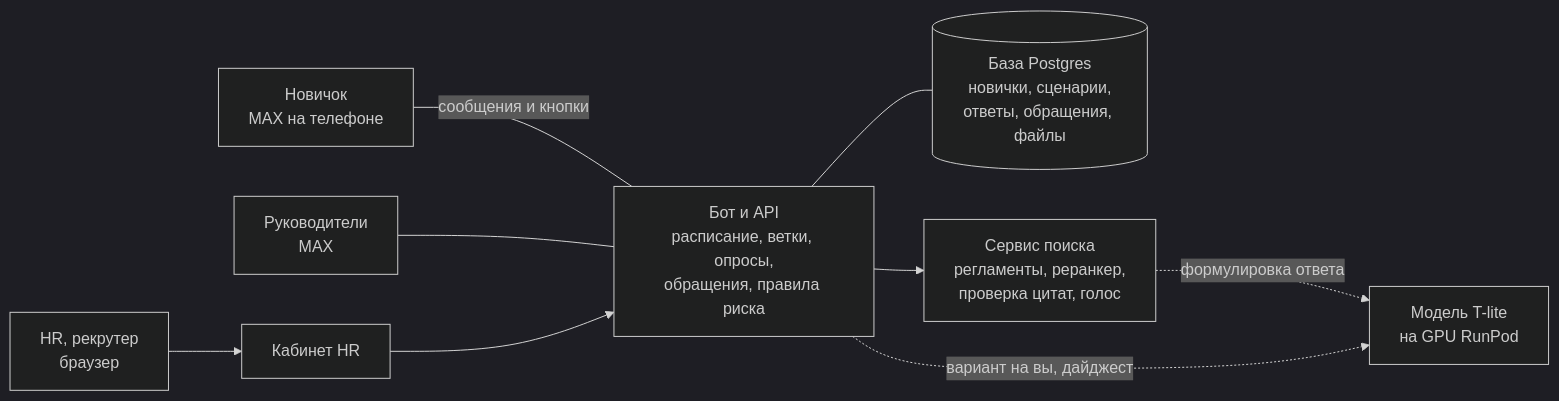
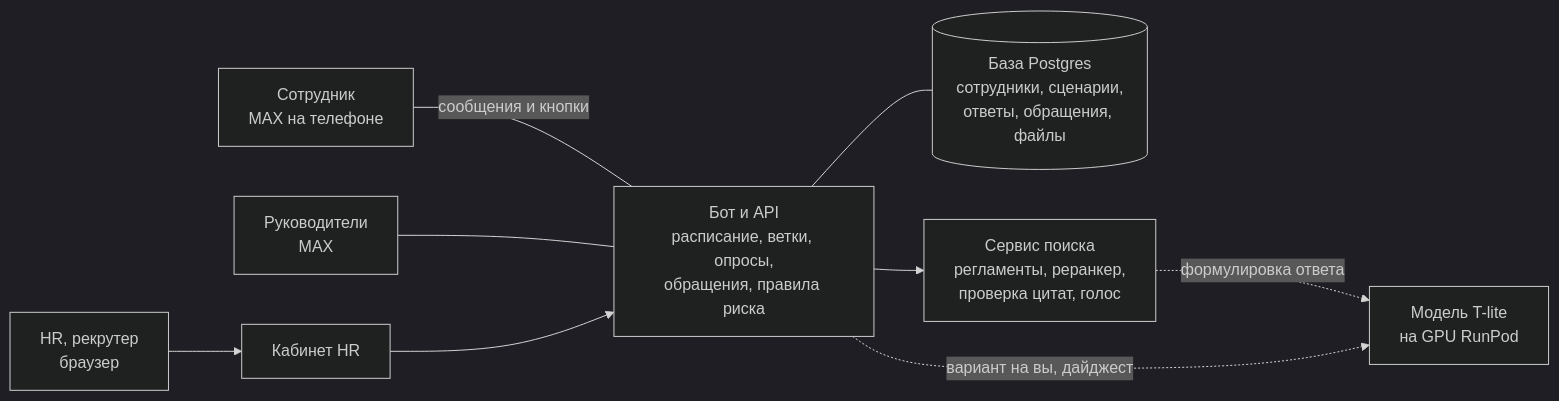
One commit to kunak-agency/polyplastic-bot changed the first of 2 diagrams in agency/system/Human/01-platform-overview.md. Above: the diagram before and after it, drawn with Mermaid (dark theme). The commit also changed other lines of this file and 99 other files, not shown here.

````diff
--- a/agency/system/Human/01-platform-overview.md
+++ b/agency/system/Human/01-platform-overview.md
@@ -40,19 +40,19 @@
 ```mermaid
 flowchart LR
-    N["Новичок<br/>MAX на телефоне"]
+    N["Сотрудник<br/>MAX на телефоне"]
     M["Руководители<br/>MAX"]
     HR["HR, рекрутер<br/>браузер"]
     FE["Кабинет HR"]
     BE["Бот и API<br/>расписание, ветки, опросы,<br/>обращения, правила риска"]
-    DB[("База Postgres<br/>новички, сценарии,<br/>ответы, обращения, файлы")]
+    DB[("База Postgres<br/>сотрудники, сценарии,<br/>ответы, обращения, файлы")]
     RAG["Сервис поиска<br/>регламенты, реранкер,<br/>проверка цитат, голос"]
     LLM["Модель T-lite<br/>на GPU RunPod"]
     N -- "сообщения и кнопки" --- BE
     M --- BE
     HR --> FE
     FE --> BE
     BE --- DB
     BE --> RAG
     RAG -. "формулировка ответа" .-> LLM
     BE -. "вариант на вы, дайджест" .-> LLM
 ```
````
